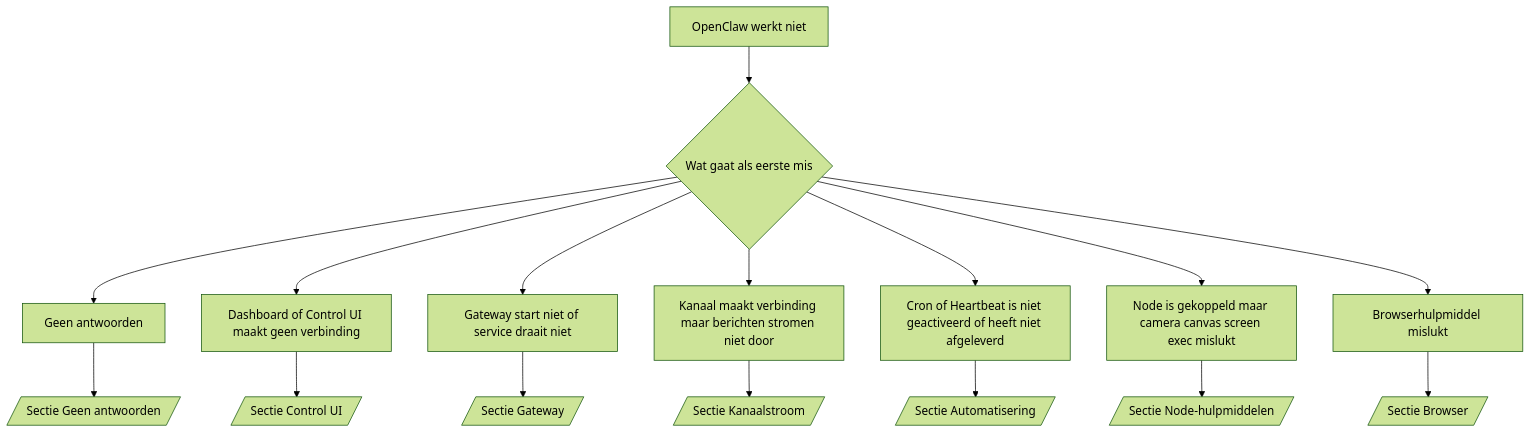
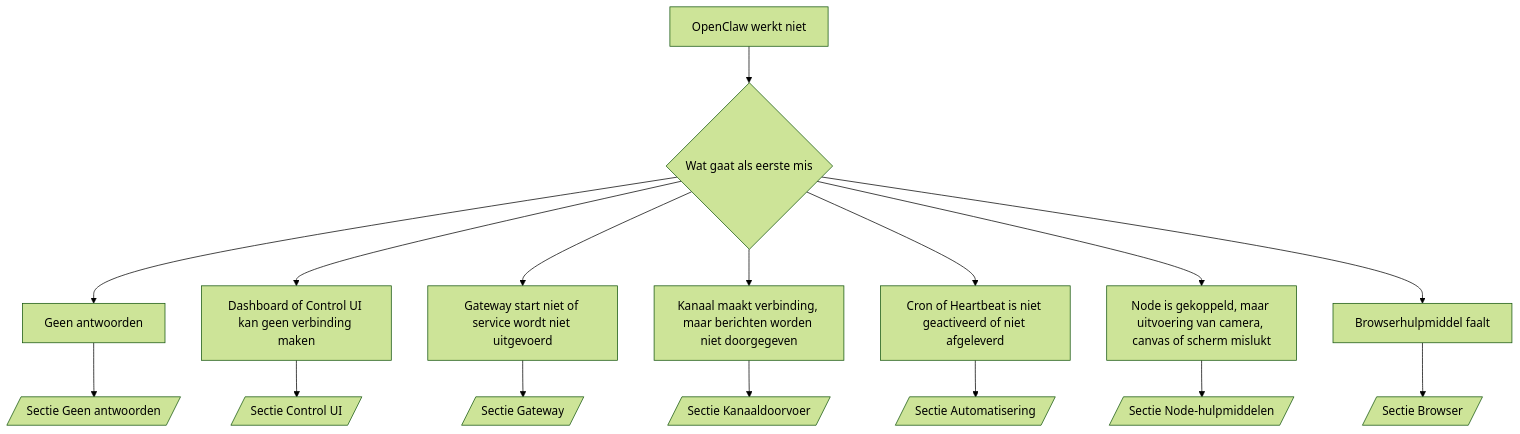
Before and after one commit to is0383kk/ai-docs-sync-workflow: the diagram in openclaw-docs/nl/help/troubleshooting.md, drawn with Mermaid (forest theme). The commit also changed other lines of this file and 11096 other files, not shown here.

````diff
--- a/openclaw-docs/nl/help/troubleshooting.md
+++ b/openclaw-docs/nl/help/troubleshooting.md
@@ -192,19 +193,19 @@
 ```mermaid
 flowchart TD
   A[OpenClaw werkt niet] --> B{Wat gaat als eerste mis}
   B --> C[Geen antwoorden]
-  B --> D[Dashboard of Control UI maakt geen verbinding]
-  B --> E[Gateway start niet of service draait niet]
-  B --> F[Kanaal maakt verbinding maar berichten stromen niet door]
-  B --> G[Cron of Heartbeat is niet geactiveerd of heeft niet afgeleverd]
-  B --> H[Node is gekoppeld maar camera canvas screen exec mislukt]
-  B --> I[Browserhulpmiddel mislukt]
+  B --> D[Dashboard of Control UI kan geen verbinding maken]
+  B --> E[Gateway start niet of service wordt niet uitgevoerd]
+  B --> F[Kanaal maakt verbinding, maar berichten worden niet doorgegeven]
+  B --> G[Cron of Heartbeat is niet geactiveerd of niet afgeleverd]
+  B --> H[Node is gekoppeld, maar uitvoering van camera, canvas of scherm mislukt]
+  B --> I[Browserhulpmiddel faalt]
 
   C --> C1[/Sectie Geen antwoorden/]
   D --> D1[/Sectie Control UI/]
   E --> E1[/Sectie Gateway/]
-  F --> F1[/Sectie Kanaalstroom/]
+  F --> F1[/Sectie Kanaaldoorvoer/]
   G --> G1[/Sectie Automatisering/]
   H --> H1[/Sectie Node-hulpmiddelen/]
   I --> I1[/Sectie Browser/]
 ```
````
